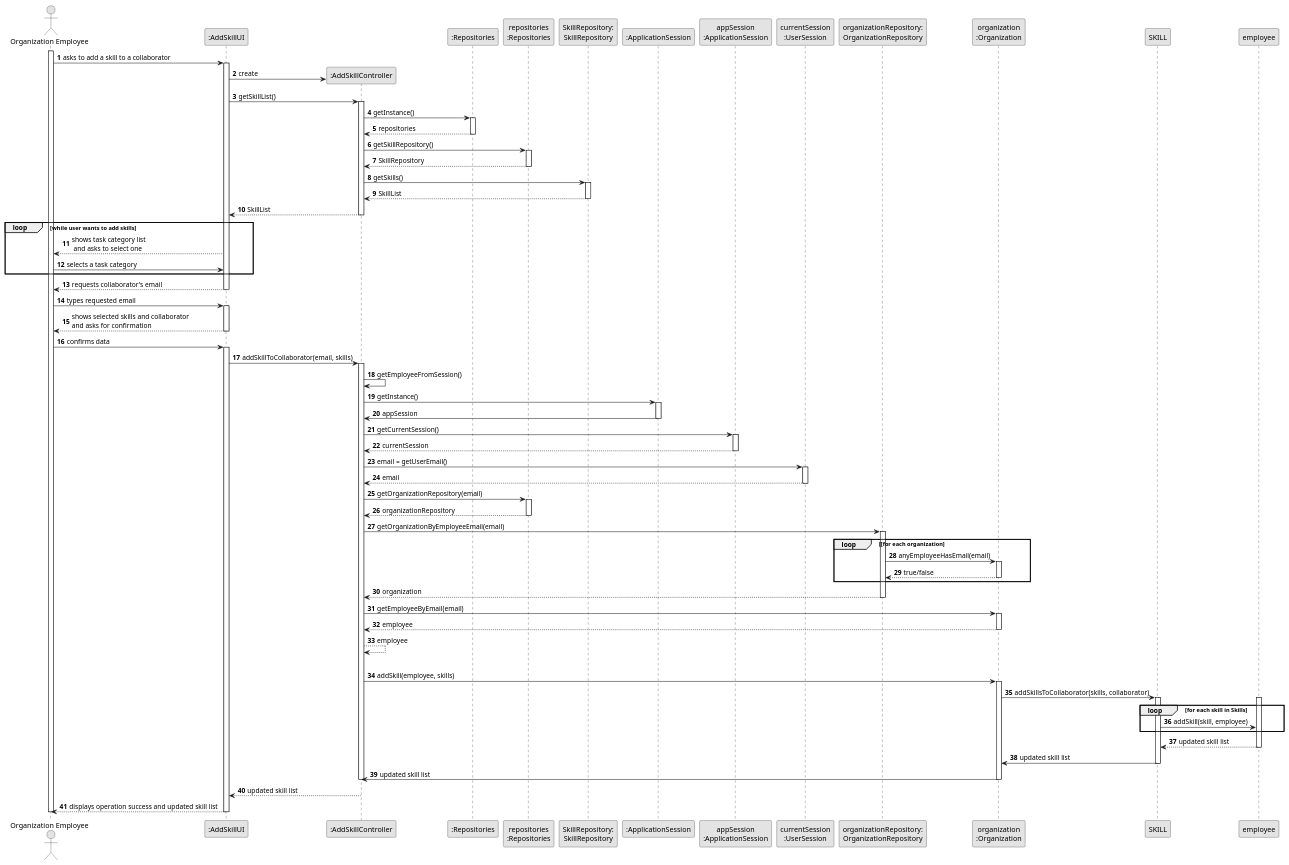
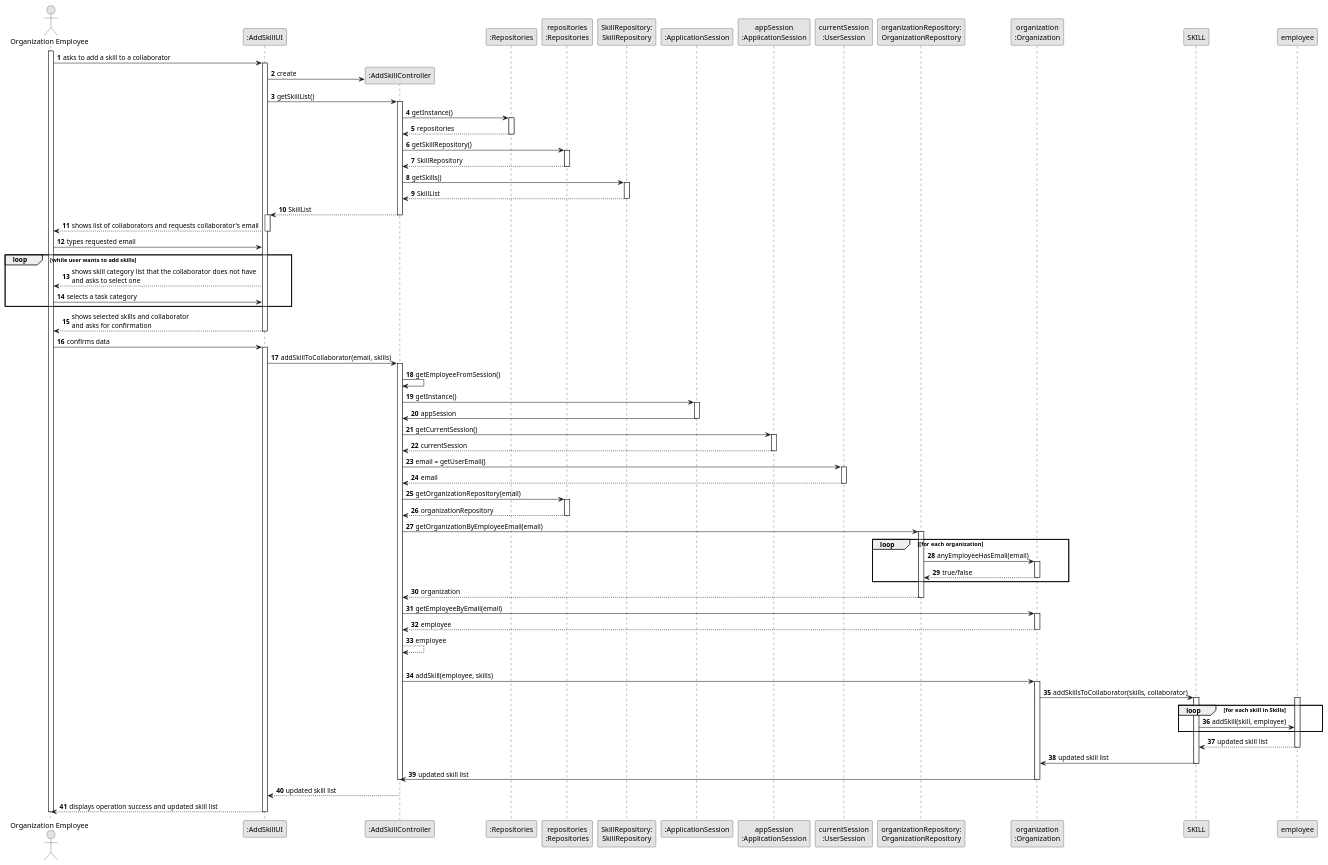
One commit to RicardoMorim/lapr2-ISEP-Project changed the diagram in docs/sprintB/us004/03.design/puml/us004-sequence-diagram-full.puml. Above: the diagram before and after it, drawn with PlantUML. The commit also changed 7 other files, not shown here.

```diff
--- a/docs/sprintB/us004/03.design/puml/us004-sequence-diagram-full.puml
+++ b/docs/sprintB/us004/03.design/puml/us004-sequence-diagram-full.puml
@@ -1,165 +1,163 @@
 @startuml
 skinparam monochrome true
 skinparam packageStyle rectangle
 skinparam shadowing false
 
 autonumber
 
 'hide footbox
 actor "Organization Employee" as ADM
 participant ":AddSkillUI" as UI
 participant ":AddSkillController" as CTRL
 participant ":Repositories" as RepositorySingleton
 participant "repositories\n:Repositories" as PLAT
 participant "SkillRepository:\nSkillRepository" as SkillRepository
 participant ":ApplicationSession" as _APP
 participant "appSession\n:ApplicationSession" as APP
 participant "currentSession\n:UserSession" as SESSAO
 participant "organizationRepository:\nOrganizationRepository" as OrganizationRepository
 participant "organization\n:Organization" as ORG
 
 
 activate ADM
 
         ADM -> UI : asks to add a skill to a collaborator
 
         activate UI
 
 '            UI --> ADM : requests data (reference, description,  informal \n description, technical description, duration, cost)
             'create CTRL
             UI -> CTRL** : create
 
             UI -> CTRL : getSkillList()
             activate CTRL
 
             CTRL -> RepositorySingleton : getInstance()
             activate RepositorySingleton
 
                 RepositorySingleton --> CTRL: repositories
                 deactivate RepositorySingleton
 
                 CTRL -> PLAT : getSkillRepository()
                 activate PLAT
 
                     PLAT --> CTRL: SkillRepository
                 deactivate PLAT
 
                 CTRL -> SkillRepository : getSkills()
                 activate SkillRepository
 
                     SkillRepository --> CTRL : SkillList
                 deactivate SkillRepository
                 CTRL --> UI : SkillList
             deactivate CTRL
 
-        loop while user wants to add skills
-            UI --> ADM : shows task category list\n and asks to select one
-            ADM -> UI : selects a task category
-        end loop
-
-
-
-
     activate UI
 
-        UI --> ADM : requests collaborator's email
+        UI --> ADM : shows list of collaborators and requests collaborator's email
     deactivate UI
 
     ADM -> UI : types requested email
+
+    loop while user wants to add skills
+        UI --> ADM : shows skill category list that the collaborator does not have\nand asks to select one
+        ADM -> UI : selects a task category
+    end loop
+
     activate UI
 
         UI --> ADM : shows selected skills and collaborator\nand asks for confirmation
     deactivate UI
 
     ADM -> UI : confirms data
     activate UI
 
         UI -> CTRL : addSkillToCollaborator(email, skills)
         activate CTRL
 
             CTRL -> CTRL : getEmployeeFromSession()
 
                 CTRL -> _APP: getInstance()
                 activate _APP
                     _APP -> CTRL: appSession
                 deactivate _APP
 
 
                 CTRL -> APP: getCurrentSession()
                 activate APP
 
                     APP --> CTRL: currentSession
                 deactivate APP
 
                 CTRL -> SESSAO: email = getUserEmail()
                 activate SESSAO
 
                     SESSAO --> CTRL: email
                 deactivate SESSAO
 
 
                 CTRL -> PLAT: getOrganizationRepository(email)
                 activate PLAT
 
                     PLAT --> CTRL: organizationRepository
                 deactivate PLAT
 
 
                 CTRL -> OrganizationRepository: getOrganizationByEmployeeEmail(email)
                 activate OrganizationRepository
 
                     loop [for each organization
                         OrganizationRepository -> ORG : anyEmployeeHasEmail(email)
                         activate ORG
 
                              ORG --> OrganizationRepository : true/false
                         deactivate ORG
                     end
                     OrganizationRepository --> CTRL : organization
                 deactivate OrganizationRepository
 
                 CTRL -> ORG: getEmployeeByEmail(email)
                 activate ORG
 
                     ORG --> CTRL : employee
                 deactivate ORG
 
                 CTRL --> CTRL : employee
 
             |||
             CTRL -> ORG: addSkill(employee, skills)
             activate ORG
 
                 ORG -> SKILL: addSkillsToCollaborator(skills, collaborator)
 
                 activate SKILL
                     activate employee
                     loop for each skill in Skills
                         SKILL -> employee: addSkill(skill, employee)
                     end
 
                     employee --> SKILL: updated skill list
                     deactivate employee
 
                 SKILL -> ORG: updated skill list
                 deactivate SKILL
 
                 ORG -> CTRL: updated skill list
 
             deactivate CTRL
 
 
 
         deactivate employee
         deactivate SKILL
 
             deactivate ORG
 
             CTRL --> UI: updated skill list
             deactivate CTRL
             UI --> ADM: displays operation success and updated skill list
     deactivate UI
 
 deactivate ADM
 
 @enduml
```
